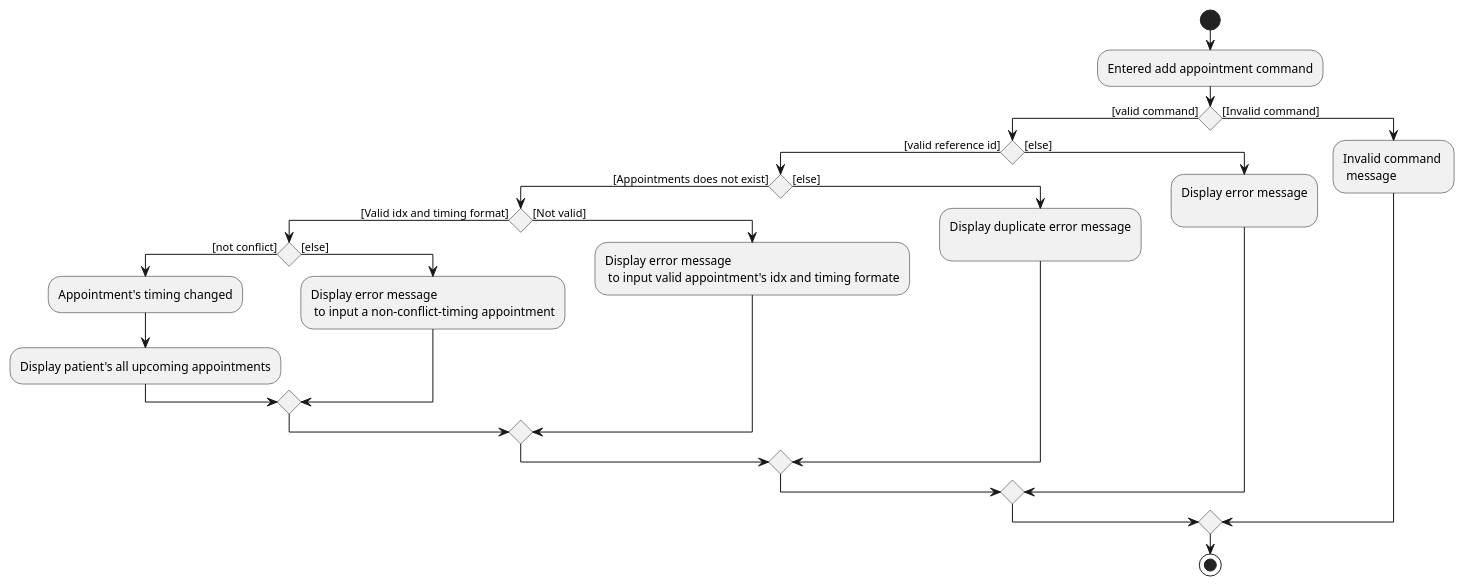
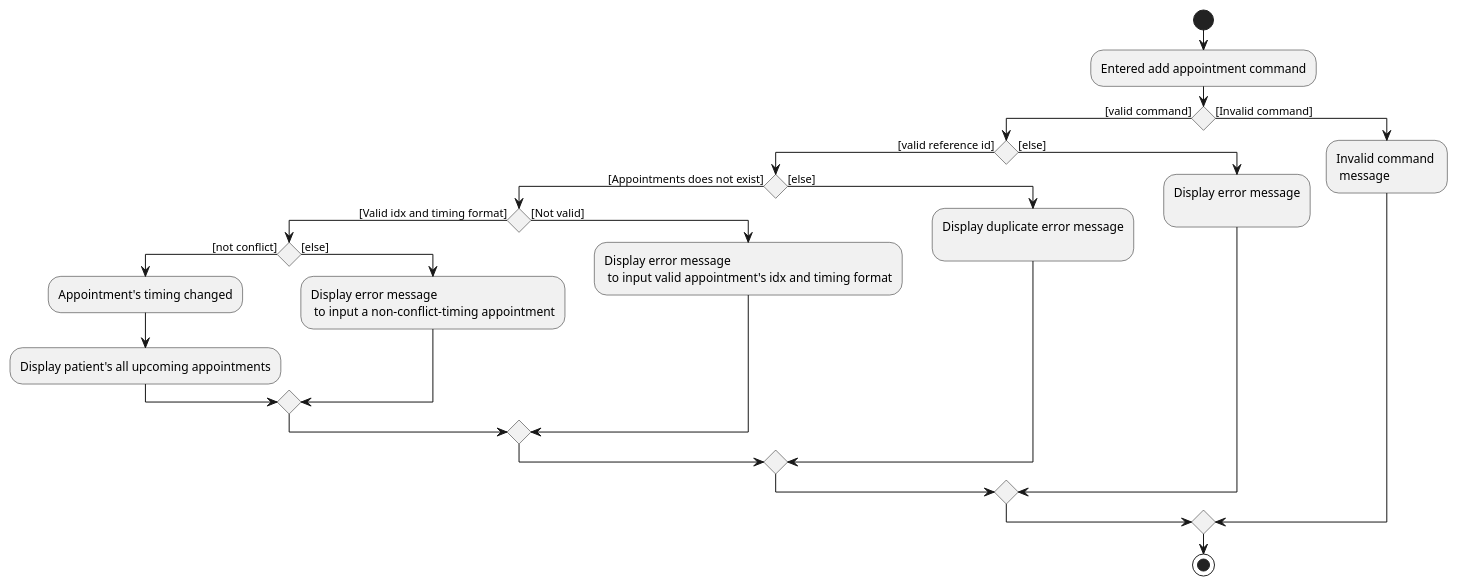
The diagram in docs/diagrams/AddAppointmentActivityDiagram.puml (nus-cs2103-AY1920S1/addressbook-level3), drawn with PlantUML before and after one commit. The commit also changed 4 other files, not shown here.

Commit message:
edits diagrams

```diff
--- a/docs/diagrams/AddAppointmentActivityDiagram.puml
+++ b/docs/diagrams/AddAppointmentActivityDiagram.puml
@@ -1,35 +1,35 @@
 @startuml
 
 start
 -Entered add appointment command
 if () then ([valid command])
 
     if () then ([valid reference id])
 '    Appointments does not exist
         if () then ([Appointments does not exist])
 
             if() then ([Valid idx and timing format])
                 if() then([not conflict])
                 -Appointment's timing changed
                 -Display patient's all upcoming appointments
                 else([else])
                 -Display error message\n to input a non-conflict-timing appointment
                 endif
 
             else ([Not valid])
-            -Display error message\n to input valid appointment's idx and timing formate
+            -Display error message\n to input valid appointment's idx and timing format
             endif
         else([else])
         -Display duplicate error message\n
         endif
 
     else ([else])
     -Display error message\n
     endif
 
 else ([Invalid command])
 -Invalid command \n message
 endif
 
 stop
 @enduml
```
